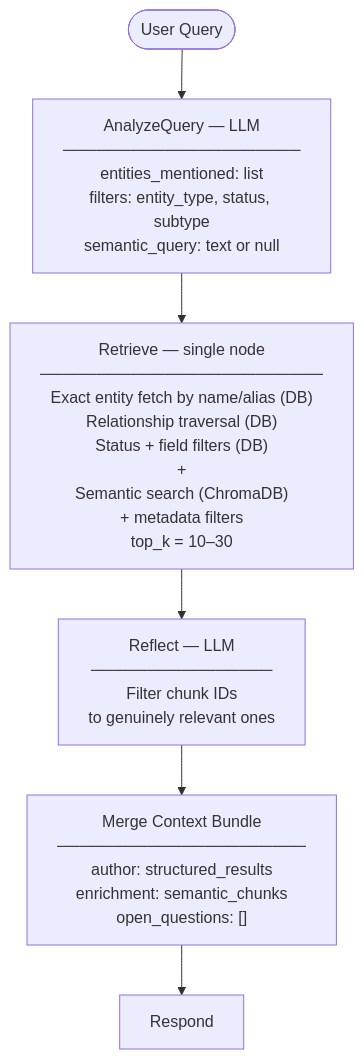
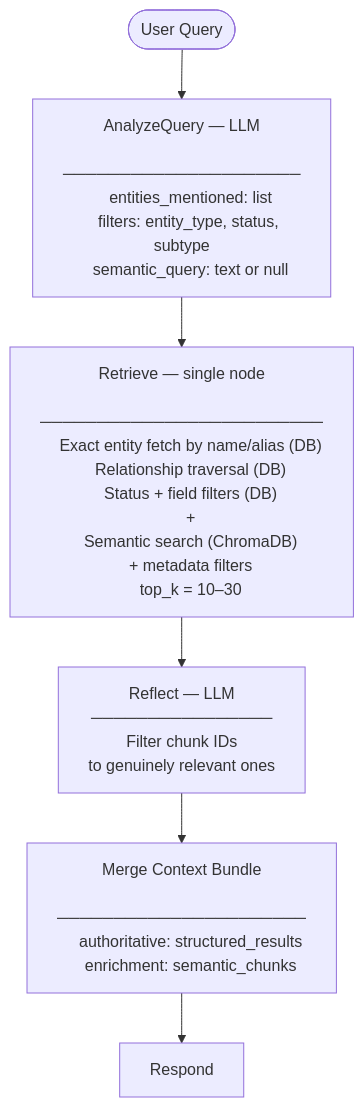
One commit to rpurser47/game_notebook changed the fourth of 4 diagrams in docs/design.md. Above: the diagram before and after it, drawn with Mermaid. The commit also changed other lines of this file and 5 other files, not shown here.

````diff
--- a/docs/design.md
+++ b/docs/design.md
@@ -335,12 +359,30 @@
 ```mermaid
 flowchart TD
-    Q([User Query]) --> QA["AnalyzeQuery — LLM\n─────────────────────\nentities_mentioned: list\nfilters: entity_type, status, subtype\nsemantic_query: text or null"]
+    Q([User Query]) --> QA["AnalyzeQuery — LLM
+    ─────────────────────
+    entities_mentioned: list
+    filters: entity_type, status, subtype
+    semantic_query: text or null"]
 
-    QA --> R["Retrieve — single node\n─────────────────────────\nExact entity fetch by name/alias (DB)\nRelationship traversal (DB)\nStatus + field filters (DB)\n+\nSemantic search (ChromaDB)\n+ metadata filters\ntop_k = 10–30"]
+    QA --> R["Retrieve — single node
+    ─────────────────────────
+    Exact entity fetch by name/alias (DB)
+    Relationship traversal (DB)
+    Status + field filters (DB)
+    +
+    Semantic search (ChromaDB)
+    + metadata filters
+    top_k = 10–30"]
 
-    R --> Reflect["Reflect — LLM\n────────────────\nFilter chunk IDs\nto genuinely relevant ones"]
+    R --> Reflect["Reflect — LLM
+    ────────────────
+    Filter chunk IDs
+    to genuinely relevant ones"]
 
-    Reflect --> Merge["Merge Context Bundle\n──────────────────────\nauthor: structured_results\nenrichment: semantic_chunks\nopen_questions: []"]
+    Reflect --> Merge["Merge Context Bundle
+    ──────────────────────
+    authoritative: structured_results
+    enrichment: semantic_chunks"]
 
     Merge --> Respond
 ```
````
